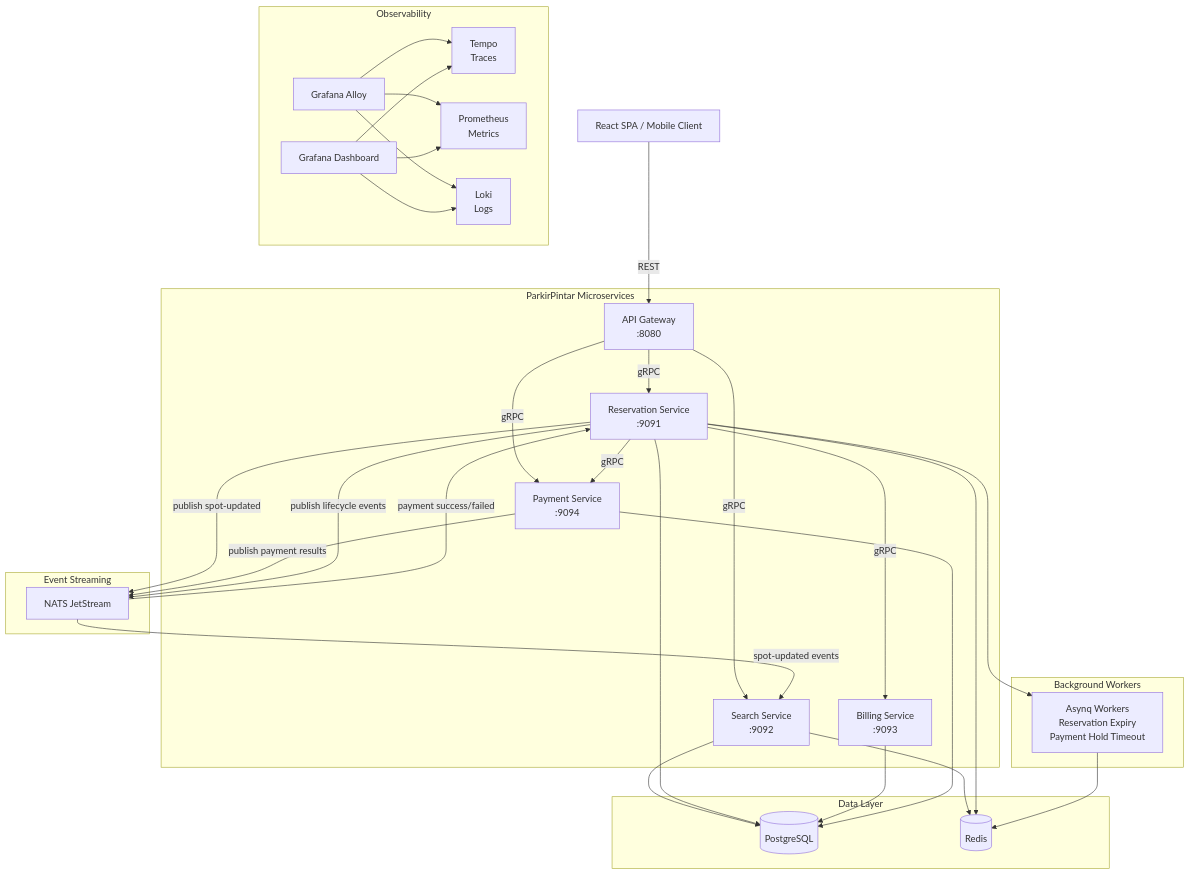
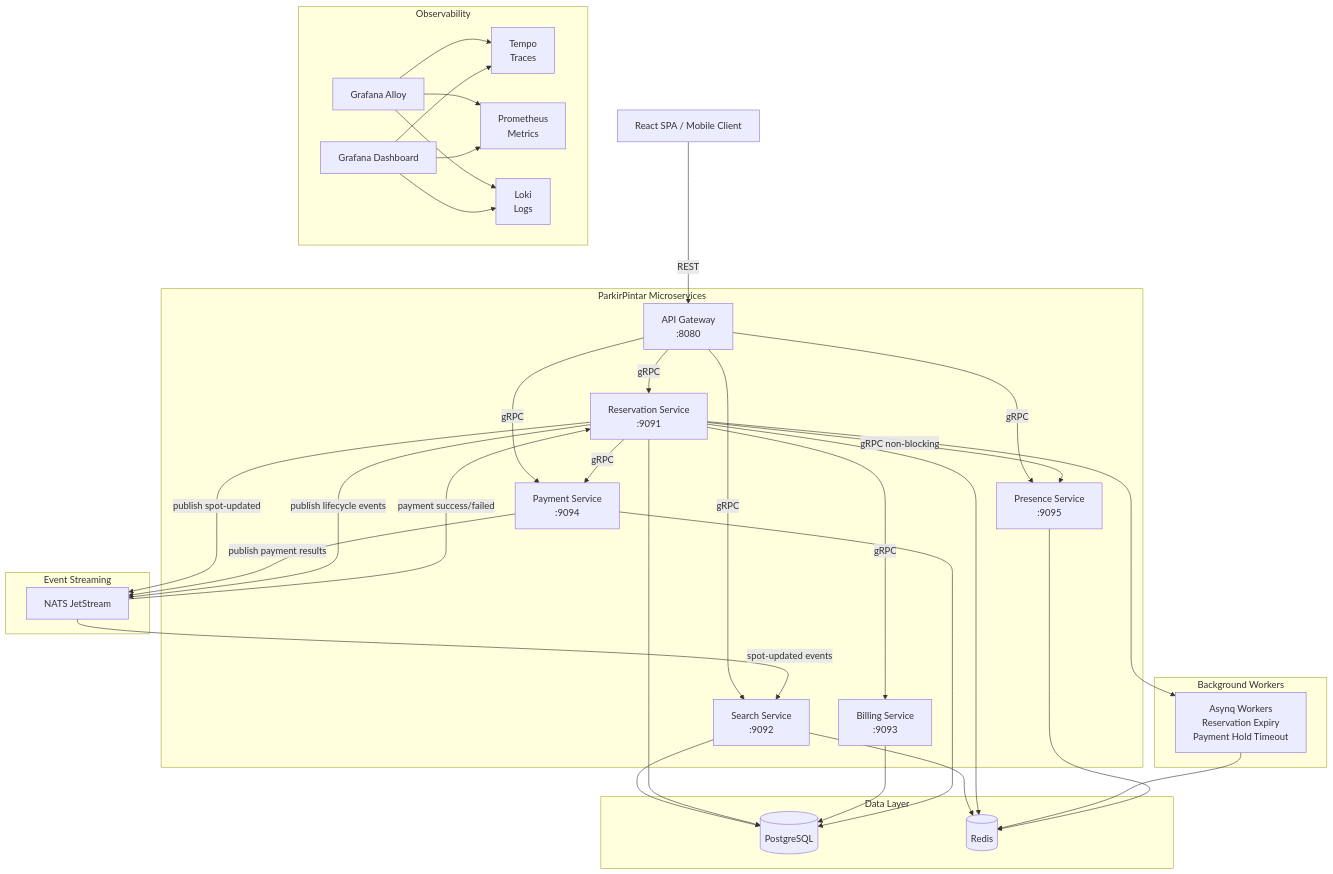
The first of 10 diagrams in README.md (piresc/parkir-pintar), drawn with Mermaid before and after one commit. The commit also changed other lines of this file and 18 other files, not shown here.

````diff
--- a/README.md
+++ b/README.md
@@ -37,51 +37,54 @@
 ```mermaid
 graph TB
     Client[React SPA / Mobile Client] -->|REST| GW[API Gateway<br/>:8080]
 
     subgraph ParkirPintar Microservices
         GW -->|gRPC| SEARCH[Search Service<br/>:9092]
         GW -->|gRPC| RESERVE[Reservation Service<br/>:9091]
         GW -->|gRPC| PAYMENT[Payment Service<br/>:9094]
+        GW -->|gRPC| PRESENCE[Presence Service<br/>:9095]
 
         RESERVE -->|gRPC| BILLING[Billing Service<br/>:9093]
         RESERVE -->|gRPC| PAYMENT
+        RESERVE -->|gRPC non-blocking| PRESENCE
     end
 
     subgraph Event Streaming
         NATS[NATS JetStream]
     end
 
     RESERVE -->|publish spot-updated| NATS
     NATS -->|spot-updated events| SEARCH
     PAYMENT -->|publish payment results| NATS
     NATS -->|payment success/failed| RESERVE
     RESERVE -->|publish lifecycle events| NATS
 
     subgraph Data Layer
         PG[(PostgreSQL)]
         RD[(Redis)]
     end
 
     subgraph Background Workers
         ASYNQ[Asynq Workers<br/>Reservation Expiry<br/>Payment Hold Timeout]
     end
 
     SEARCH --> PG
     SEARCH --> RD
     RESERVE --> PG
     RESERVE --> RD
     RESERVE --> ASYNQ
     ASYNQ --> RD
     BILLING --> PG
     PAYMENT --> PG
+    PRESENCE --> RD
 
     subgraph Observability
         ALLOY[Grafana Alloy] --> TEMPO[Tempo<br/>Traces]
         ALLOY --> PROM[Prometheus<br/>Metrics]
         ALLOY --> LOKI[Loki<br/>Logs]
         GRAFANA[Grafana Dashboard]
         GRAFANA --> TEMPO
         GRAFANA --> PROM
         GRAFANA --> LOKI
     end
 ```
````
